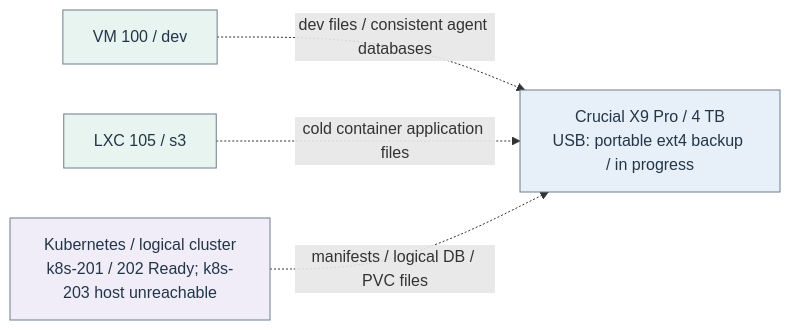
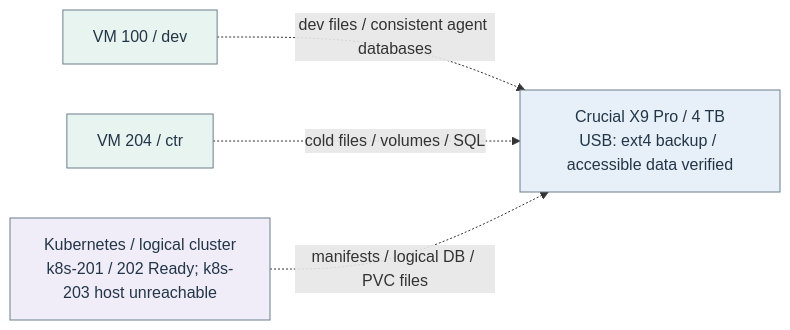
One commit to Harsh-2002/Homelab changed the diagram in docs/architecture/flow-15.mmd. Above: the diagram before and after it, drawn with Mermaid. The commit also changed 21 other files, not shown here.

Commit message:
Verify portable data backups from px10 and px20

```diff
--- a/docs/architecture/flow-15.mmd
+++ b/docs/architecture/flow-15.mmd
@@ -1,14 +1,14 @@
 flowchart LR
-  n_flow_15_0["Crucial X9 Pro / 4 TB<br/>USB: portable ext4 backup / in progress"]
+  n_flow_15_0["Crucial X9 Pro / 4 TB<br/>USB: ext4 backup / accessible data verified"]
   n_flow_15_1["VM 100 / dev"]
-  n_flow_15_2["LXC 105 / s3"]
+  n_flow_15_2["VM 204 / ctr"]
   n_flow_15_3["Kubernetes / logical cluster<br/>k8s-201 / 202 Ready; k8s-203 host unreachable"]
   n_flow_15_1 -.->|"dev files / consistent agent databases"| n_flow_15_0
-  n_flow_15_2 -.->|"cold container application files"| n_flow_15_0
+  n_flow_15_2 -.->|"cold files / volumes / SQL"| n_flow_15_0
   n_flow_15_3 -.->|"manifests / logical DB / PVC files"| n_flow_15_0
   classDef c_flow_15_0 fill:#e7eff8,stroke:#6c7f8c,color:#233647;
   class n_flow_15_0 c_flow_15_0;
   classDef c_flow_15_1 fill:#e8f4f0,stroke:#6c7f8c,color:#233647;
   class n_flow_15_1,n_flow_15_2 c_flow_15_1;
   classDef c_flow_15_2 fill:#f0edf9,stroke:#6c7f8c,color:#233647;
   class n_flow_15_3 c_flow_15_2;
```
